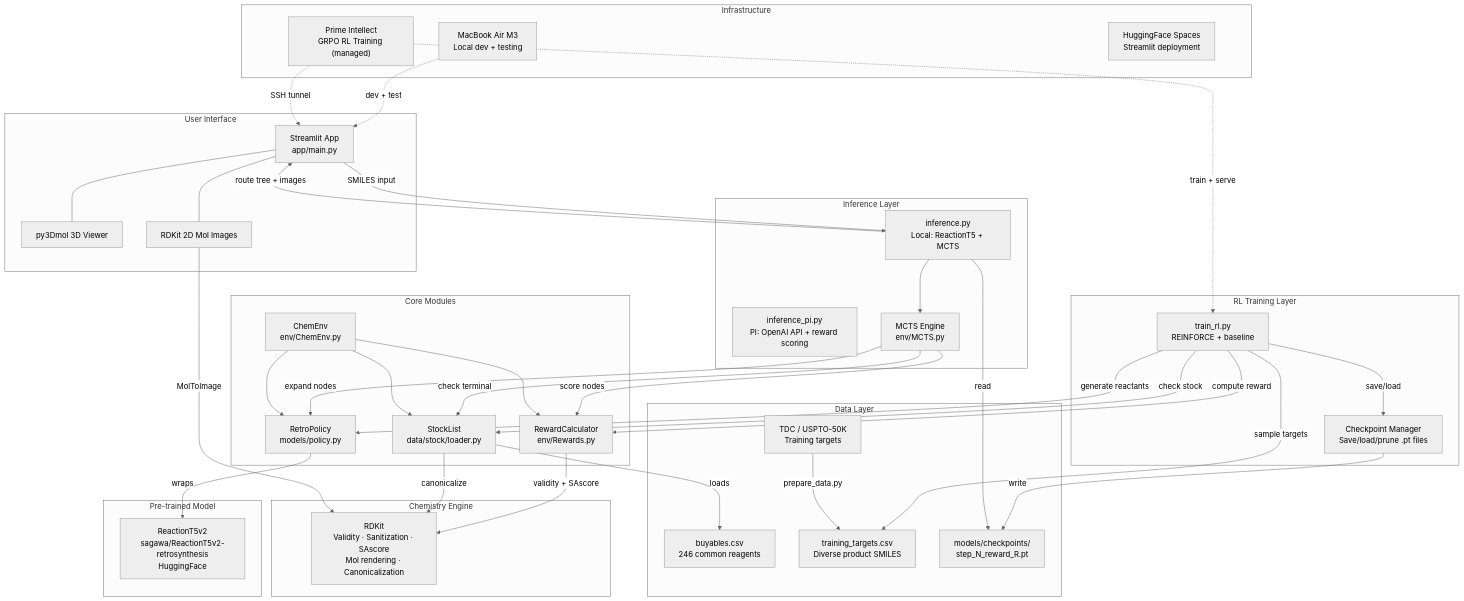
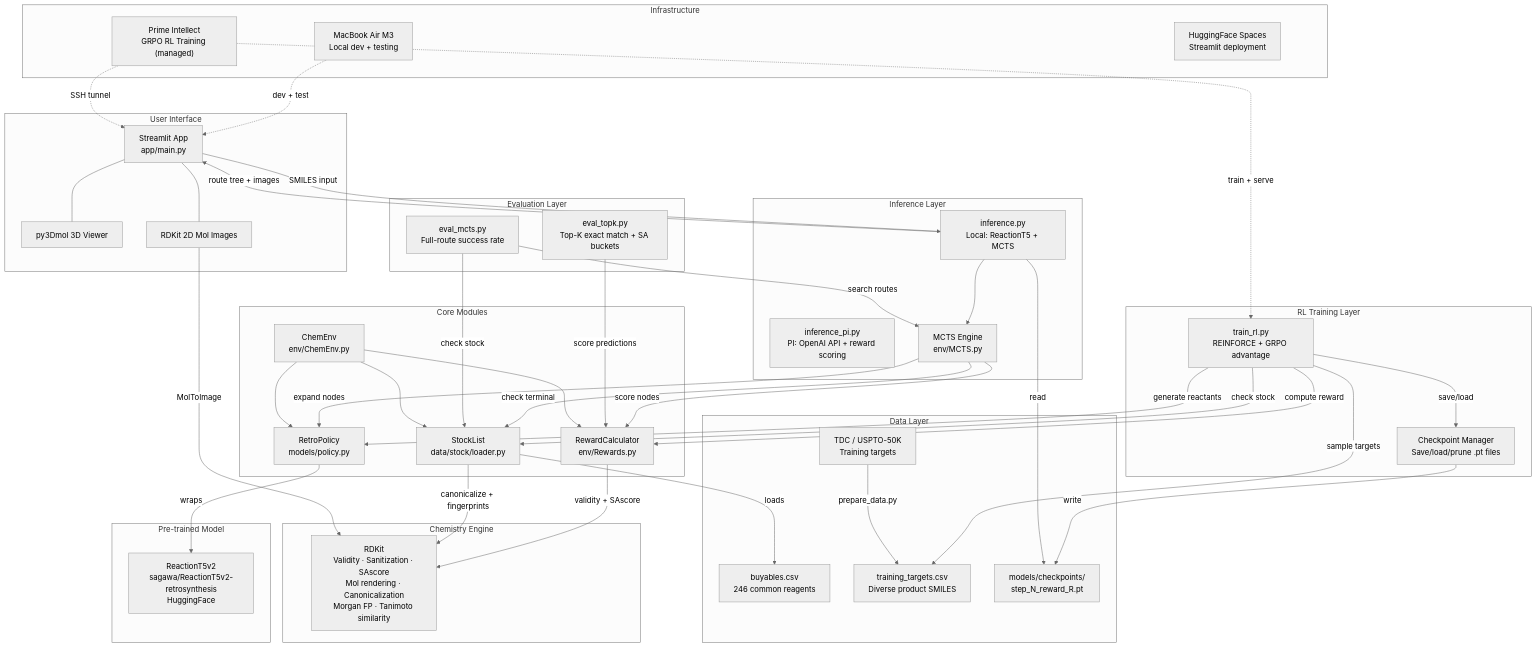
The first of 8 diagrams in ARCHITECTURE.md (Rhoahndur/RL_RetroSynthesis), drawn with Mermaid (neutral theme) before and after one commit. The commit also changed other lines of this file, not shown here.

Commit message:
update architecture doc

```diff
--- a/ARCHITECTURE.md
+++ b/ARCHITECTURE.md
@@ -17,8 +17,13 @@
     end
 
     subgraph RL["RL Training Layer"]
-        TRAIN["train_rl.py<br/>REINFORCE + baseline"]
+        TRAIN["train_rl.py<br/>REINFORCE + GRPO advantage"]
         CKPT["Checkpoint Manager<br/>Save/load/prune .pt files"]
+    end
+
+    subgraph Eval["Evaluation Layer"]
+        EVAL_TK["eval_topk.py<br/>Top-K exact match + SA buckets"]
+        EVAL_MC["eval_mcts.py<br/>Full-route success rate"]
     end
 
     subgraph Core["Core Modules"]
@@ -33,7 +38,7 @@
     end
 
     subgraph Chem["Chemistry Engine"]
-        RDKIT["RDKit<br/>Validity · Sanitization · SAscore<br/>Mol rendering · Canonicalization"]
+        RDKIT["RDKit<br/>Validity · Sanitization · SAscore<br/>Mol rendering · Canonicalization<br/>Morgan FP · Tanimoto similarity"]
     end
 
     subgraph Data["Data Layer"]
@@ -68,6 +73,11 @@
     TRAIN -->|"save/load"| CKPT
     TRAIN -->|"sample targets"| TARGETS
 
+    %% Eval internals
+    EVAL_TK -->|"score predictions"| REWARD
+    EVAL_MC -->|"search routes"| MCTS
+    EVAL_MC -->|"check stock"| STOCK
+
     %% ChemEnv wiring
     ENV --> POLICY
     ENV --> REWARD
@@ -76,7 +86,7 @@
     %% Core → Foundation
     POLICY -->|"wraps"| RT5
     REWARD -->|"validity + SAscore"| RDKIT
-    STOCK -->|"canonicalize"| RDKIT
+    STOCK -->|"canonicalize + fingerprints"| RDKIT
     RDK_DRAW -->|"MolToImage"| RDKIT
     STOCK -->|"loads"| CSV
 
```
